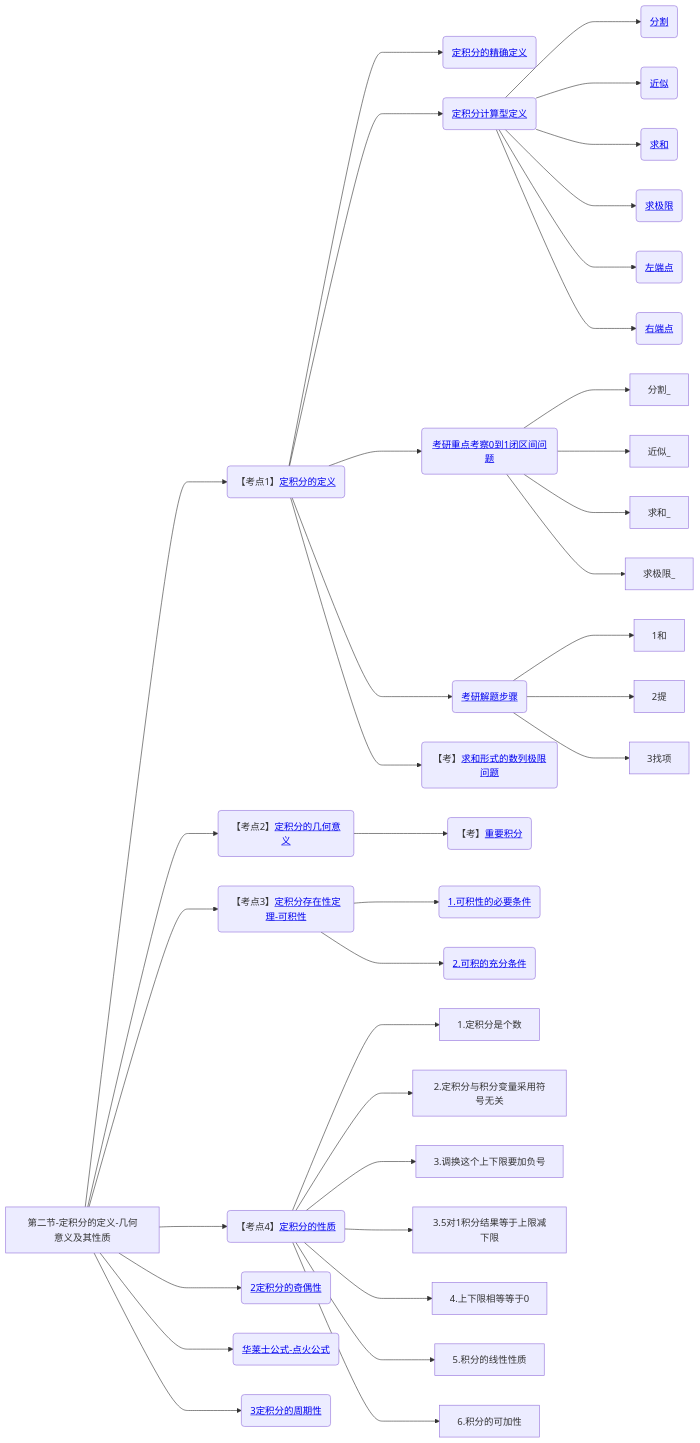
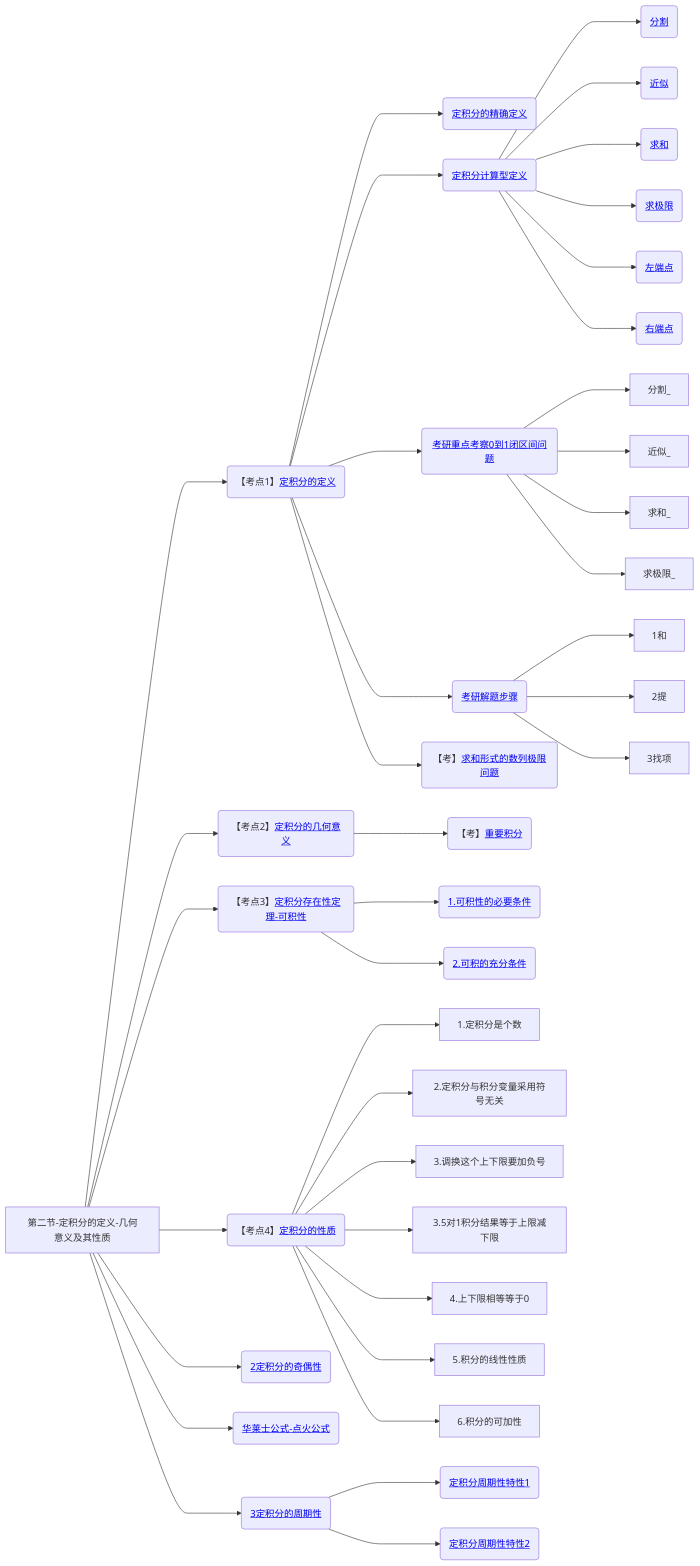
Diagram 19 of 19 in 笔记/数学/周洋鑫/01.基础班思维导图.md (yuebinghui/note), drawn with Mermaid before and after one commit. The commit also changed 2 other files, not shown here.

Commit message:
Sun Dec 29 13:40:01 CST 2024

````diff
--- a/笔记/数学/周洋鑫/01.基础班思维导图.md
+++ b/笔记/数学/周洋鑫/01.基础班思维导图.md
@@ -694,55 +694,58 @@
 ```mermaid
 graph LR
 第二节-定积分的定义-几何意义及其性质
 
 第二节-定积分的定义-几何意义及其性质--->定积分的定义(【考点1】<a href="/Users/yuebinghui/Documents/program/github/note/笔记/数学/周洋鑫/基础班/21.定积分的定义_1.md#定积分的定义">定积分的定义</>)
 
 定积分的定义--->定积分的精确定义(<a href="/Users/yuebinghui/Documents/program/github/note/笔记/数学/周洋鑫/基础班/21.定积分的定义_1.md#定积分的精确定义">定积分的精确定义</>)
 定积分的精确定义
 定积分的定义--->定积分计算型定义(<a href="/Users/yuebinghui/Documents/program/github/note/笔记/数学/周洋鑫/基础班/21.定积分的定义_1.md#定积分计算型定义">定积分计算型定义</>)
 定积分计算型定义--->分割(<a href="/Users/yuebinghui/Documents/program/github/note/笔记/数学/周洋鑫/基础班/21.定积分的定义_1.md#分割">分割</>)
 定积分计算型定义--->近似(<a href="/Users/yuebinghui/Documents/program/github/note/笔记/数学/周洋鑫/基础班/21.定积分的定义_1.md#近似">近似</>)
 定积分计算型定义--->求和(<a href="/Users/yuebinghui/Documents/program/github/note/笔记/数学/周洋鑫/基础班/21.定积分的定义_1.md#求和">求和</>)
 定积分计算型定义--->求极限(<a href="/Users/yuebinghui/Documents/program/github/note/笔记/数学/周洋鑫/基础班/21.定积分的定义_1.md#求极限">求极限</>)
 定积分计算型定义--->左端点(<a href="/Users/yuebinghui/Documents/program/github/note/笔记/数学/周洋鑫/基础班/21.定积分的定义_1.md#左端点">左端点</>)
 定积分计算型定义--->右端点(<a href="/Users/yuebinghui/Documents/program/github/note/笔记/数学/周洋鑫/基础班/21.定积分的定义_1.md#右端点">右端点</>)
 
 定积分的定义--->考研重点考察0到1闭区间问题(<a href="/Users/yuebinghui/Documents/program/github/note/笔记/数学/周洋鑫/基础班/21.定积分的定义_1.md#考研重点考察0到1闭区间问题">考研重点考察0到1闭区间问题</>)
 考研重点考察0到1闭区间问题--->分割_
 考研重点考察0到1闭区间问题--->近似_
 考研重点考察0到1闭区间问题--->求和_
 考研重点考察0到1闭区间问题--->求极限_
 
 定积分的定义--->考研解题步骤(<a href="/Users/yuebinghui/Documents/program/github/note/笔记/数学/周洋鑫/基础班/21.定积分的定义_1.md#考研解题步骤">考研解题步骤</>)
 考研解题步骤--->1和
 考研解题步骤--->2提
 考研解题步骤--->3找项
 
 定积分的定义--->求和形式的数列极限问题(【考】<a href="/Users/yuebinghui/Documents/program/github/note/笔记/数学/周洋鑫/基础班/21.定积分的定义_1.md#求和形式的数列极限问题">求和形式的数列极限问题</>)
 
 第二节-定积分的定义-几何意义及其性质--->定积分的几何意义(【考点2】<a href="/Users/yuebinghui/Documents/program/github/note/笔记/数学/周洋鑫/基础班/21.定积分的定义_1.md#定积分的几何意义">定积分的几何意义</>)
 定积分的几何意义--->重要积分(【考】<a href="/Users/yuebinghui/Documents/program/github/note/笔记/数学/周洋鑫/基础班/21.定积分的定义_1.md#重要积分">重要积分</>)
 
 第二节-定积分的定义-几何意义及其性质--->定积分存在性定理-可积性(【考点3】<a href="/Users/yuebinghui/Documents/program/github/note/笔记/数学/周洋鑫/基础班/21.定积分的定义_1.md#定积分存在性定理-可积性">定积分存在性定理-可积性</>)
 定积分存在性定理-可积性--->1.可积性的必要条件(<a href="/Users/yuebinghui/Documents/program/github/note/笔记/数学/周洋鑫/基础班/21.定积分的定义_1.md#1.可积性的必要条件">1.可积性的必要条件</>)
 定积分存在性定理-可积性--->2.可积的充分条件(<a href="/Users/yuebinghui/Documents/program/github/note/笔记/数学/周洋鑫/基础班/21.定积分的定义_1.md#2.可积的充分条件">2.可积的充分条件</>)
 
 
 第二节-定积分的定义-几何意义及其性质--->定积分的性质(【考点4】<a href="/Users/yuebinghui/Documents/program/github/note/笔记/数学/周洋鑫/基础班/21.定积分的定义_1.md#定积分的性质">定积分的性质</>)
 
 定积分的性质--->1.定积分是个数
 定积分的性质--->2.定积分与积分变量采用符号无关
 定积分的性质--->3.调换这个上下限要加负号
 定积分的性质--->3.5对1积分结果等于上限减下限
 定积分的性质--->4.上下限相等等于0
 定积分的性质--->5.积分的线性性质
 定积分的性质--->6.积分的可加性
 
 第二节-定积分的定义-几何意义及其性质--->2定积分的奇偶性(<a href="/Users/yuebinghui/Documents/program/github/note/笔记/数学/周洋鑫/基础班/21.定积分的定义_1.md#2定积分的奇偶性">2定积分的奇偶性</>)
 
 第二节-定积分的定义-几何意义及其性质--->华莱士公式-点火公式(<a href="/Users/yuebinghui/Documents/program/github/note/笔记/数学/周洋鑫/基础班/21.定积分的定义_1.md#华莱士公式-点火公式">华莱士公式-点火公式</>)
 
 第二节-定积分的定义-几何意义及其性质--->3定积分的周期性(<a href="/Users/yuebinghui/Documents/program/github/note/笔记/数学/周洋鑫/基础班/21.定积分的定义_1.md#3定积分的周期性">3定积分的周期性</>)
 
+3定积分的周期性--->定积分周期性特性1(<a href="/Users/yuebinghui/Documents/program/github/note/笔记/数学/周洋鑫/基础班/21.定积分的定义_1.md#定积分周期性特性1">定积分周期性特性1</>)
+3定积分的周期性--->定积分周期性特性2(<a href="/Users/yuebinghui/Documents/program/github/note/笔记/数学/周洋鑫/基础班/21.定积分的定义_1.md#定积分周期性特性2">定积分周期性特性2</>)
+
 
 ```
````
